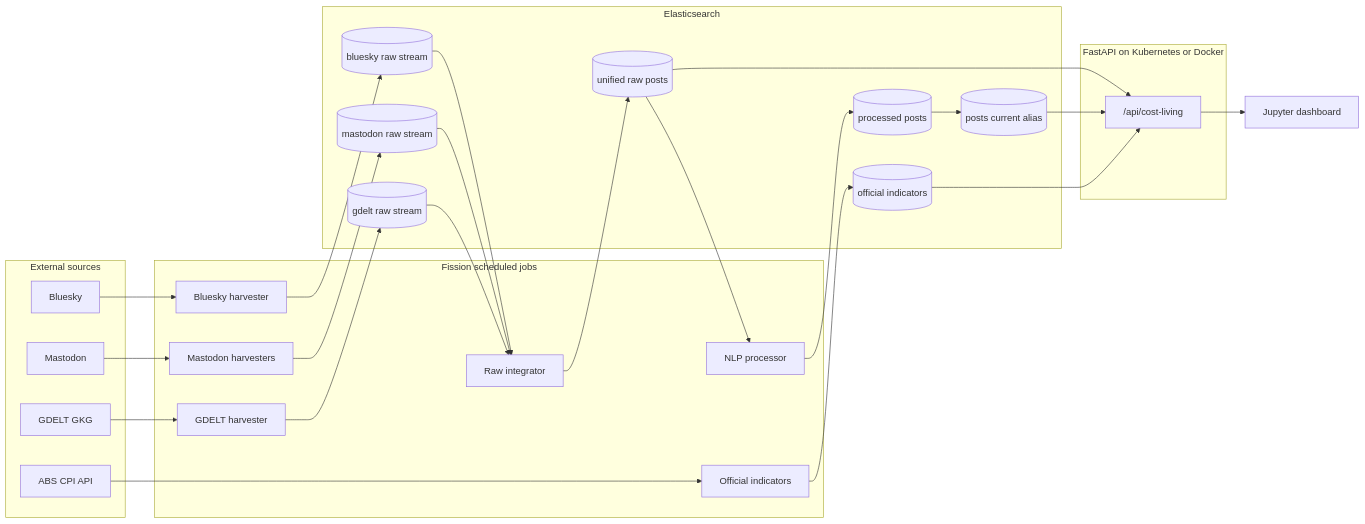
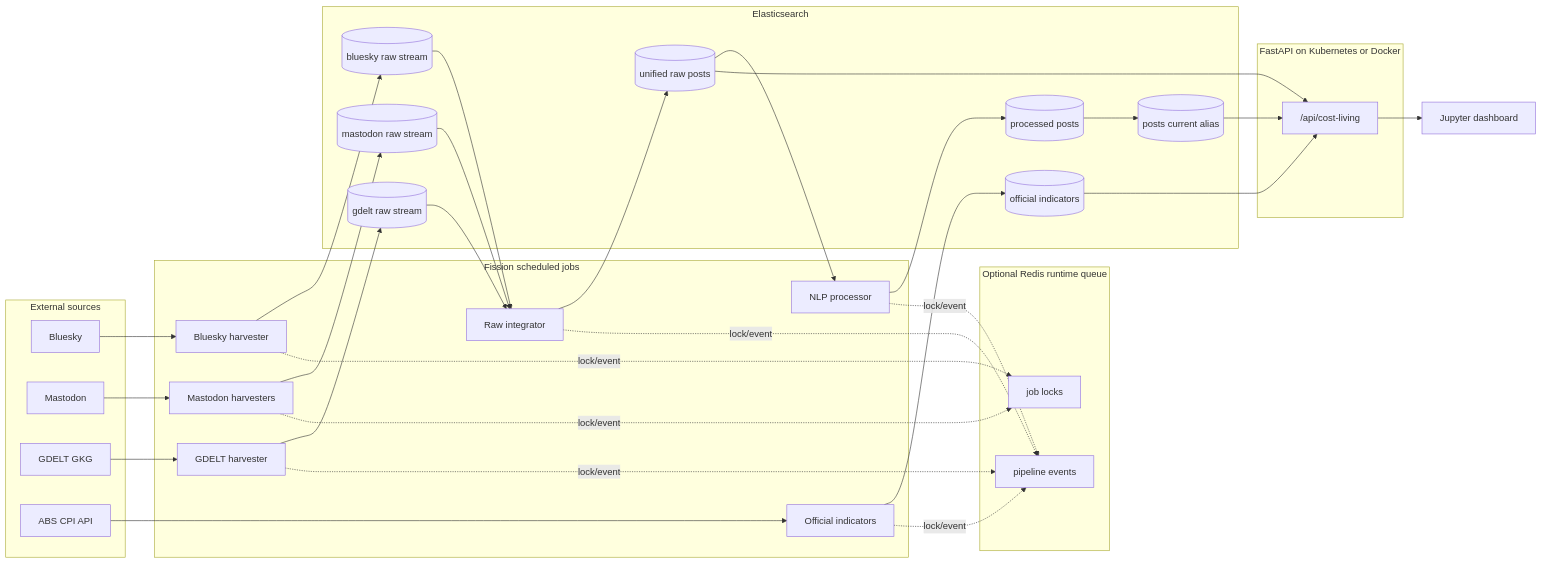
The diagram in README.md (BlackMirean/cost-living-data-platform), drawn with Mermaid before and after one commit. The commit also changed other lines of this file and 27 other files, not shown here.

Commit message:
Add Redis runtime queue and platform plugins

````diff
--- a/README.md
+++ b/README.md
@@ -20,44 +20,55 @@
 ```mermaid
 flowchart LR
     subgraph Sources["External sources"]
         BS["Bluesky"]
         MA["Mastodon"]
         GD["GDELT GKG"]
         ABS["ABS CPI API"]
     end
 
     subgraph Jobs["Fission scheduled jobs"]
         HBS["Bluesky harvester"]
         HMA["Mastodon harvesters"]
         HGD["GDELT harvester"]
         RAWINT["Raw integrator"]
         NLP["NLP processor"]
         CPI["Official indicators"]
+    end
+
+    subgraph RQ["Optional Redis runtime queue"]
+        LOCKS["job locks"]
+        EVENTS["pipeline events"]
     end
 
     subgraph ES["Elasticsearch"]
         BSR[("bluesky raw stream")]
         MAR[("mastodon raw stream")]
         GDR[("gdelt raw stream")]
         RAW[("unified raw posts")]
         PROC[("processed posts")]
         ALIAS[("posts current alias")]
         IND[("official indicators")]
     end
 
     subgraph API["FastAPI on Kubernetes or Docker"]
         ROUTES["/api/cost-living"]
     end
 
     NB["Jupyter dashboard"]
 
     BS --> HBS --> BSR --> RAWINT
     MA --> HMA --> MAR --> RAWINT
     GD --> HGD --> GDR --> RAWINT
     RAWINT --> RAW --> NLP --> PROC --> ALIAS
     ABS --> CPI --> IND
+    HBS -. lock/event .-> LOCKS
+    HMA -. lock/event .-> LOCKS
+    HGD -. lock/event .-> EVENTS
+    RAWINT -. lock/event .-> EVENTS
+    NLP -. lock/event .-> EVENTS
+    CPI -. lock/event .-> EVENTS
     RAW --> ROUTES
     ALIAS --> ROUTES
     IND --> ROUTES
     ROUTES --> NB
 ```
````
